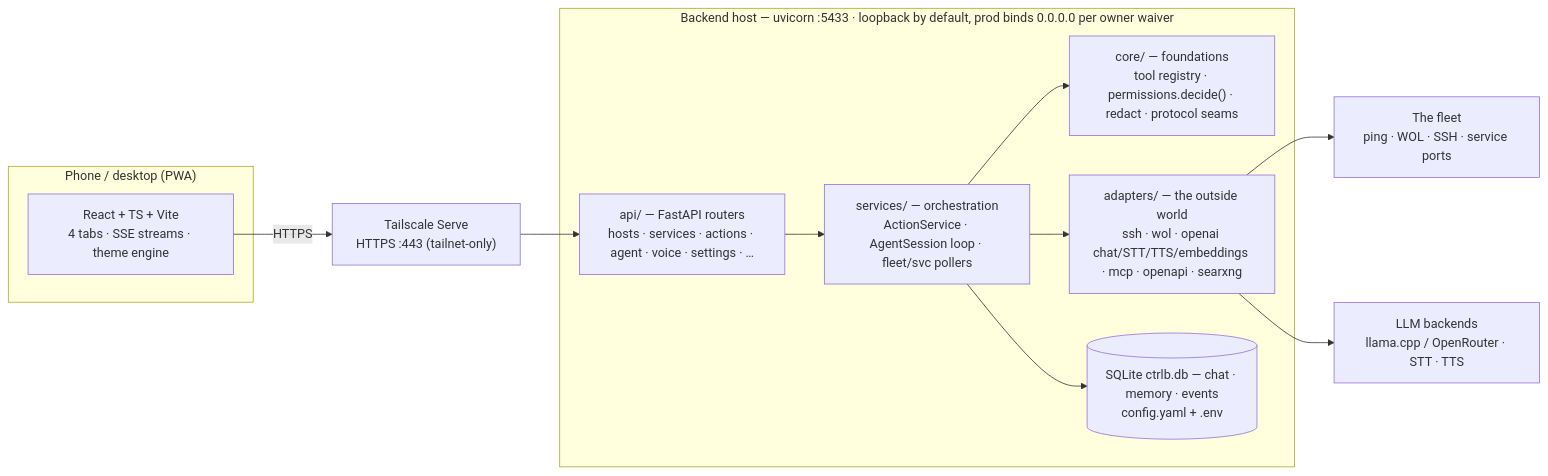
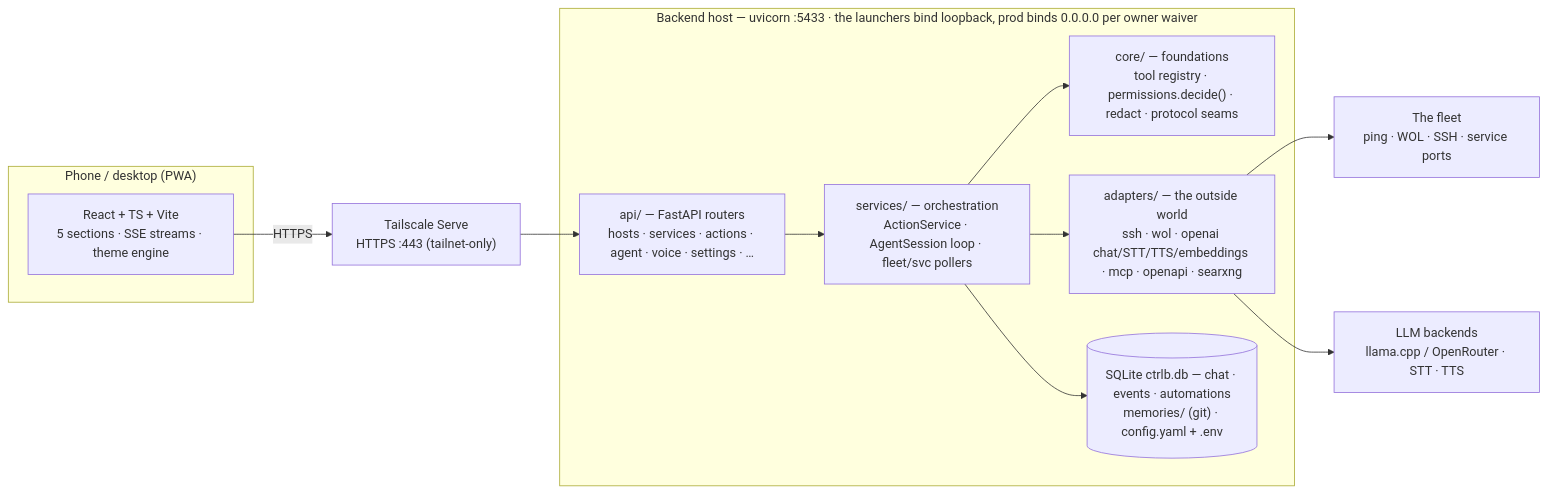
The diagram in README.md (nengoxx/ctrl-b), drawn with Mermaid before and after one commit. The commit also changed other lines of this file and 38 other files, not shown here.

````diff
--- a/README.md
+++ b/README.md
@@ -60,23 +89,23 @@
 ```mermaid
 flowchart LR
     subgraph client["Phone / desktop (PWA)"]
-        UI["React + TS + Vite<br/>4 tabs · SSE streams · theme engine"]
+        UI["React + TS + Vite<br/>5 sections · SSE streams · theme engine"]
     end
     TS["Tailscale Serve<br/>HTTPS :443 (tailnet-only)"]
-    subgraph server["Backend host — uvicorn :5433 · loopback by default, prod binds 0.0.0.0 per owner waiver"]
+    subgraph server["Backend host — uvicorn :5433 · the launchers bind loopback, prod binds 0.0.0.0 per owner waiver"]
         API["api/ — FastAPI routers<br/>hosts · services · actions · agent · voice · settings · …"]
         SVC["services/ — orchestration<br/>ActionService · AgentSession loop · fleet/svc pollers"]
         CORE["core/ — foundations<br/>tool registry · permissions.decide() · redact · protocol seams"]
         ADP["adapters/ — the outside world<br/>ssh · wol · openai chat/STT/TTS/embeddings · mcp · openapi · searxng"]
-        DATA[("SQLite ctrlb.db — chat · memory · events<br/>config.yaml + .env")]
+        DATA[("SQLite ctrlb.db — chat · events · automations<br/>memories/ (git) · config.yaml + .env")]
     end
     FLEET["The fleet<br/>ping · WOL · SSH · service ports"]
     LLM["LLM backends<br/>llama.cpp / OpenRouter · STT · TTS"]
 
     UI -->|HTTPS| TS --> API
     API --> SVC --> CORE
     SVC --> ADP
     SVC --> DATA
     ADP --> FLEET
     ADP --> LLM
 ```
````
